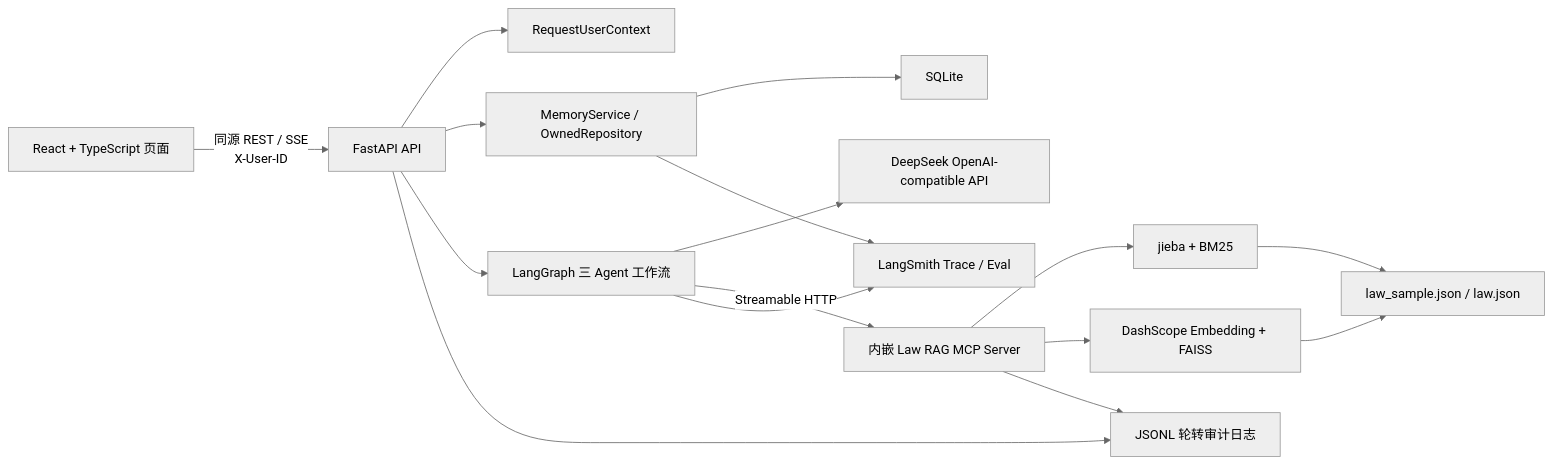
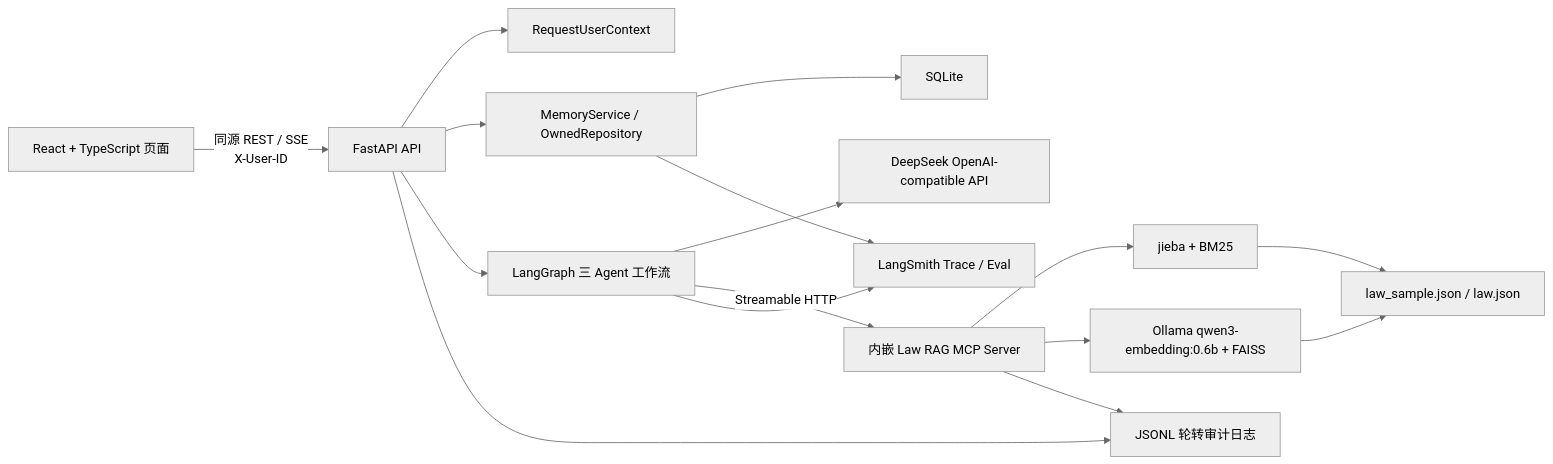
One commit to Vinn7/LawStation changed the diagram in ai-context/SPEC.md. Above: the diagram before and after it, drawn with Mermaid (neutral theme). The commit also changed other lines of this file and 14 other files, not shown here.

````diff
--- a/ai-context/SPEC.md
+++ b/ai-context/SPEC.md
@@ -38,18 +38,18 @@
 ```mermaid
 flowchart LR
     UI["React + TypeScript 页面"] -->|"同源 REST / SSE<br/>X-User-ID"| API["FastAPI API"]
     API --> CTX["RequestUserContext"]
     API --> MEM["MemoryService / OwnedRepository"]
     API --> AGENT["LangGraph 三 Agent 工作流"]
     MEM --> DB["SQLite"]
     AGENT --> LLM["DeepSeek OpenAI-compatible API"]
     AGENT -->|"Streamable HTTP"| MCP["内嵌 Law RAG MCP Server"]
     MCP --> BM25["jieba + BM25"]
-    MCP --> DENSE["DashScope Embedding + FAISS"]
+    MCP --> DENSE["Ollama qwen3-embedding:0.6b + FAISS"]
     BM25 --> LAW["law_sample.json / law.json"]
     DENSE --> LAW
     API --> LOG["JSONL 轮转审计日志"]
     MCP --> LOG
     AGENT --> OBS["LangSmith Trace / Eval"]
     MEM --> OBS
 ```
````
